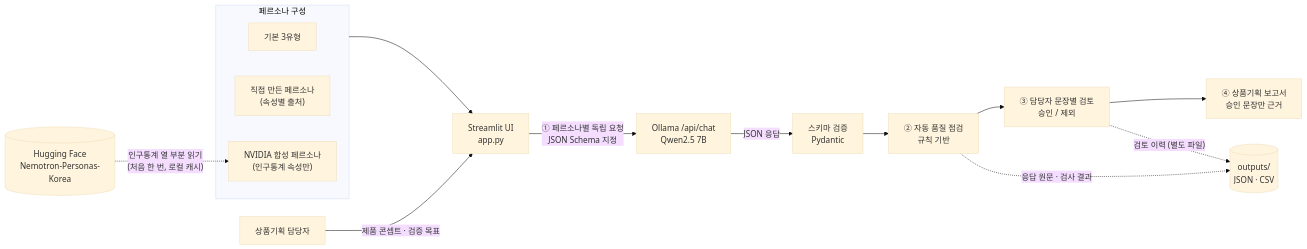
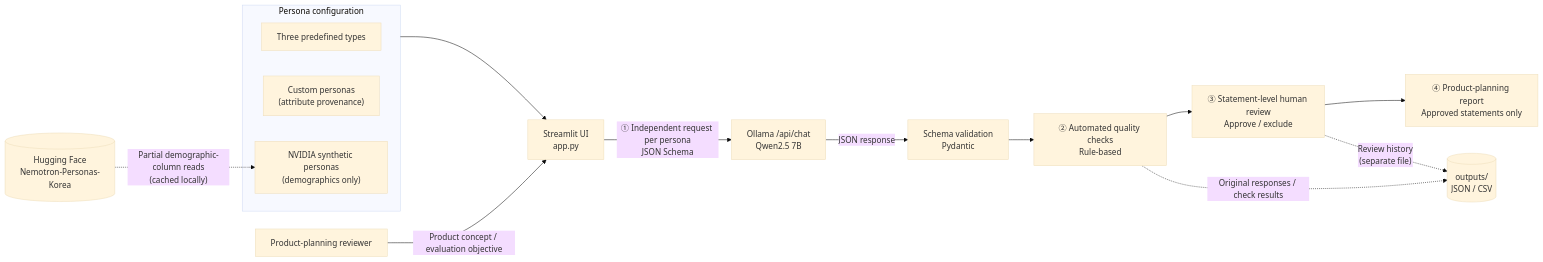
One commit to kgh1234/ai-persona-market-simulation changed the diagram in README.md. Above: the diagram before and after it, drawn with Mermaid (base theme). The commit also changed other lines of this file, not shown here.

````diff
--- a/README.md
+++ b/README.md
@@ -174,20 +174,20 @@
 ```mermaid
 flowchart LR
-    U["상품기획 담당자"] -->|"제품 콘셉트 · 검증 목표"| UI["Streamlit UI<br/>app.py"]
+    U["Product-planning reviewer"] -->|"Product concept / evaluation objective"| UI["Streamlit UI<br/>app.py"]
 
-    subgraph P["페르소나 구성"]
-        P1["기본 3유형"]
-        P2["직접 만든 페르소나<br/>(속성별 출처)"]
-        P3["NVIDIA 합성 페르소나<br/>(인구통계 속성만)"]
+    subgraph P["Persona configuration"]
+        P1["Three predefined types"]
+        P2["Custom personas<br/>(attribute provenance)"]
+        P3["NVIDIA synthetic personas<br/>(demographics only)"]
     end
-    HF[("Hugging Face<br/>Nemotron-Personas-Korea")] -.->|"인구통계 열 부분 읽기<br/>(처음 한 번, 로컬 캐시)"| P3
+    HF[("Hugging Face<br/>Nemotron-Personas-Korea")] -.->|"Partial demographic-column reads<br/>(cached locally)"| P3
     P --> UI
 
-    UI -->|"① 페르소나별 독립 요청<br/>JSON Schema 지정"| LLM["Ollama /api/chat<br/>Qwen2.5 7B"]
-    LLM -->|"JSON 응답"| V["스키마 검증<br/>Pydantic"]
-    V --> C["② 자동 품질 점검<br/>규칙 기반"]
-    C --> H["③ 담당자 문장별 검토<br/>승인 / 제외"]
-    H --> R["④ 상품기획 보고서<br/>승인 문장만 근거"]
-    C -.->|"응답 원문 · 검사 결과"| O[("outputs/<br/>JSON · CSV")]
-    H -.->|"검토 이력 (별도 파일)"| O
+    UI -->|"① Independent request per persona<br/>JSON Schema"| LLM["Ollama /api/chat<br/>Qwen2.5 7B"]
+    LLM -->|"JSON response"| V["Schema validation<br/>Pydantic"]
+    V --> C["② Automated quality checks<br/>Rule-based"]
+    C --> H["③ Statement-level human review<br/>Approve / exclude"]
+    H --> R["④ Product-planning report<br/>Approved statements only"]
+    C -.->|"Original responses / check results"| O[("outputs/<br/>JSON / CSV")]
+    H -.->|"Review history<br/>(separate file)"| O
 ```
````
